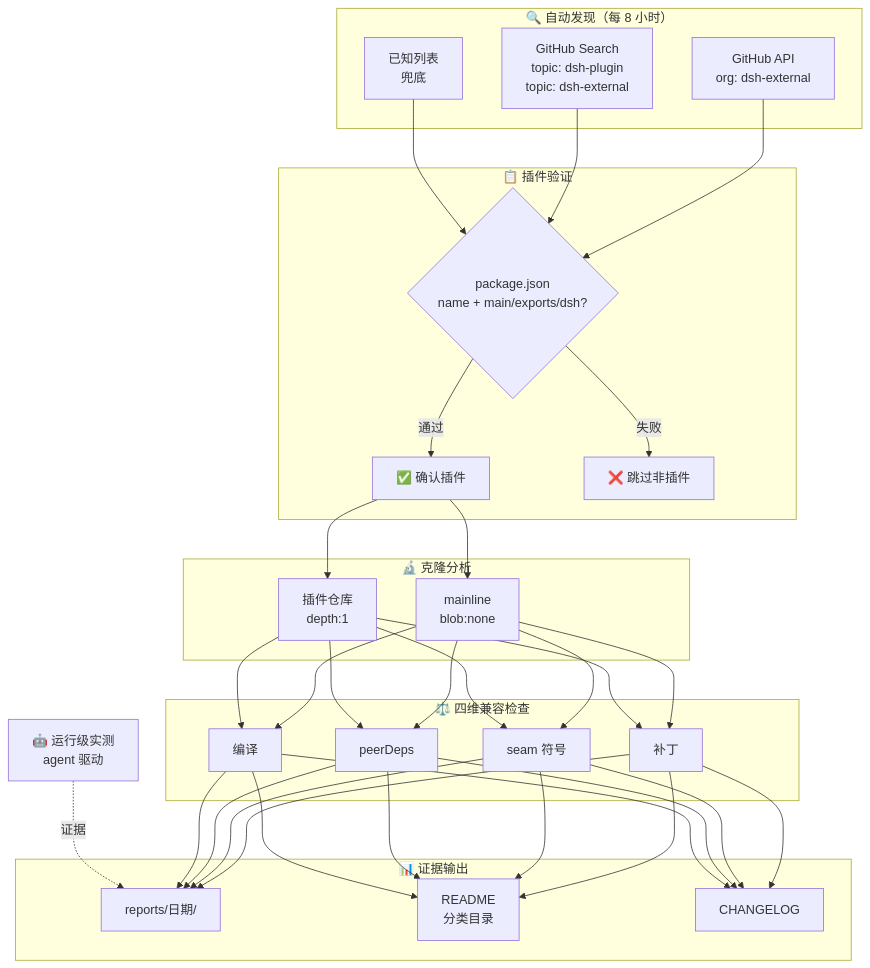
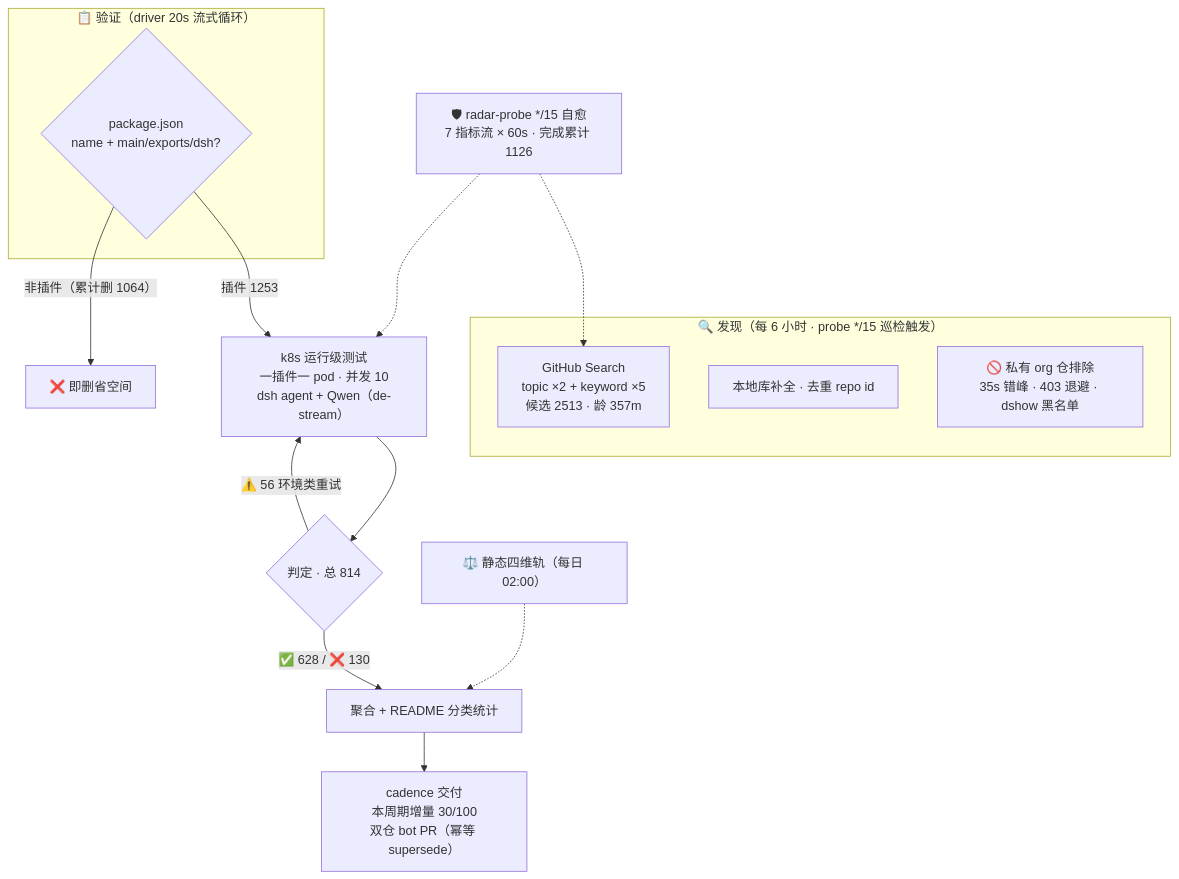
Before and after one commit to AdamPlatin123/awesome-dsh-plugins: the diagram in README.md, drawn with Mermaid. The commit also changed other lines of this file and 4 other files, not shown here.

Commit message:
bot: agent 运行级测试报告 2026-08-15（dsh+Qwen k8s，来源 dsh-plugin-radar）

````diff
--- a/README.md
+++ b/README.md
@@ -16,36 +17,20 @@
 ```mermaid
-graph TB
-    subgraph Discovery["🔍 自动发现（每 8 小时）"]
-        A1["GitHub API<br/>org: dsh-external"]
-        A2["GitHub Search<br/>topic: dsh-plugin<br/>topic: dsh-external"]
-        A3["已知列表<br/>兜底"]
+flowchart TB
+    subgraph Discovery["🔍 发现（每 6 小时 · probe */15 巡检触发）"]
+        A1["GitHub Search<br/>topic ×2 + keyword ×5<br/>候选 2513 · 龄 357m"]
+        A2["本地库补全 · 去重 repo id"]
+        A3["🚫 私有 org 仓排除<br/>35s 错峰 · 403 退避 · dshow 黑名单"]
     end
-    subgraph Validation["📋 插件验证"]
+    subgraph Validation["📋 验证（driver 20s 流式循环）"]
         B1{"package.json<br/>name + main/exports/dsh?"}
-        B1 -->|通过| B2["✅ 确认插件"]
-        B1 -->|失败| B3["❌ 跳过非插件"]
     end
-    subgraph Analysis["🔬 克隆分析"]
-        C1["mainline<br/>blob:none"]
-        C2["插件仓库<br/>depth:1"]
-    end
-    subgraph Compat["⚖️ 四维兼容检查"]
-        D1[补丁]
-        D2[seam 符号]
-        D3[peerDeps]
-        D4[编译]
-    end
-    subgraph Output["📊 证据输出"]
-        E1["reports/日期/"]
-        E2["README<br/>分类目录"]
-        E3[CHANGELOG]
-    end
-    RT["🤖 运行级实测<br/>agent 驱动"]
-    A1 --> B1
-    A2 --> B1
-    A3 --> B1
-    B2 --> C1 & C2
-    C1 & C2 --> D1 & D2 & D3 & D4
-    D1 & D2 & D3 & D4 --> E1 & E2 & E3
-    RT -.->|证据| E1
+    B1 -->|"插件 1253"| C1["k8s 运行级测试<br/>一插件一 pod · 并发 10<br/>dsh agent + Qwen（de-stream）"]
+    B1 -->|"非插件（累计删 1064）"| B3["❌ 即删省空间"]
+    C1 --> D1{"判定 · 总 814"}
+    D1 -->|"✅ 628 / ❌ 130"| E1["聚合 + README 分类统计"]
+    D1 -->|"⚠️ 56 环境类重试"| C1
+    E1 --> E2["cadence 交付<br/>本周期增量 30/100<br/>双仓 bot PR（幂等 supersede）"]
+    S["⚖️ 静态四维轨（每日 02:00）"] -.-> E1
+    M["🛡 radar-probe */15 自愈<br/>7 指标流 × 60s · 完成累计 1126"] -.-> A1
+    M -.-> C1
 ```
````
